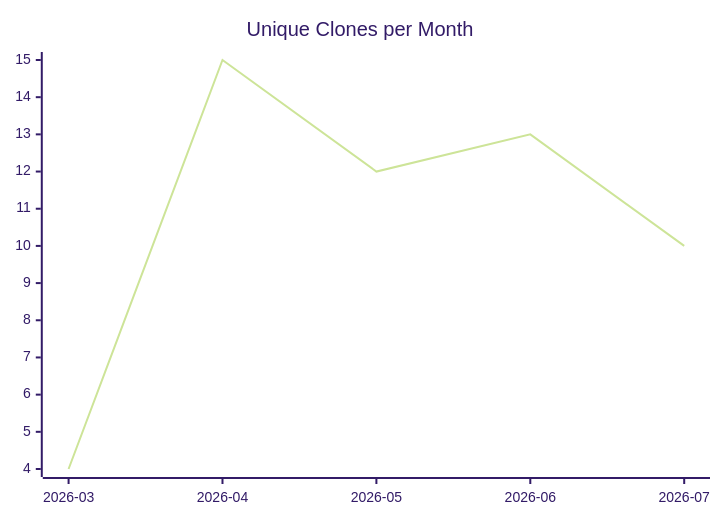
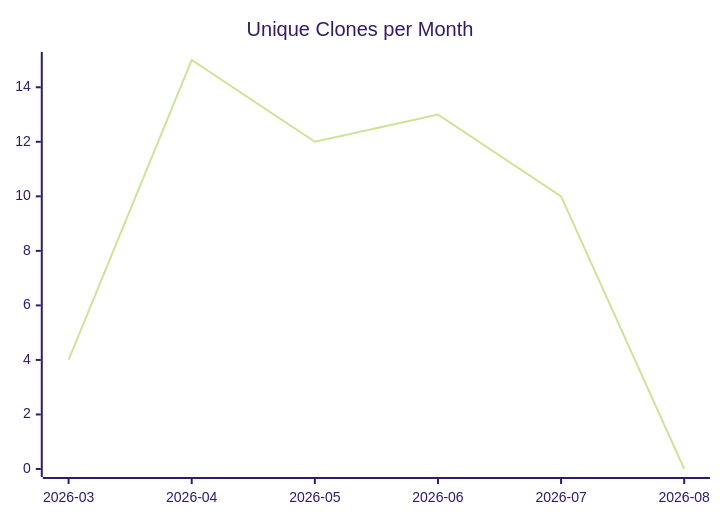
Before and after one commit to justdavis-family/github-analytics-data: the third of 3 diagrams in karlmdavis/ansible-role-bind-dns/README.md, drawn with Mermaid (forest theme). The commit also changed other lines of this file and 184 other files, not shown here.

````diff
--- a/karlmdavis/ansible-role-bind-dns/README.md
+++ b/karlmdavis/ansible-role-bind-dns/README.md
@@ -19,6 +19,6 @@
 ```mermaid
 xychart-beta
   title "Unique Clones per Month"
-  x-axis ["2026-03", "2026-04", "2026-05", "2026-06", "2026-07"]
-  line [4, 15, 12, 13, 10]
+  x-axis ["2026-03", "2026-04", "2026-05", "2026-06", "2026-07", "2026-08"]
+  line [4, 15, 12, 13, 10, 0]
 ```
````
